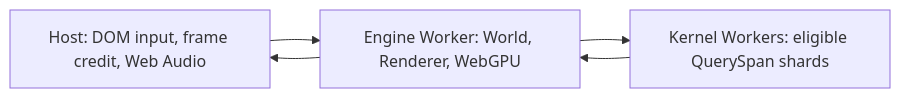
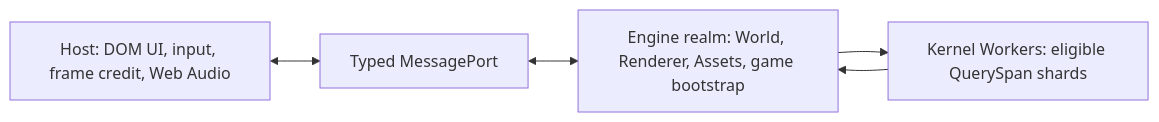
The diagram in packages/engine/packages/app/README.md (ForgeaX-Games/forgeax-editor), drawn with Mermaid before and after one commit. The commit also changed other lines of this file and 111 other files, not shown here.

````diff
--- a/packages/engine/packages/app/README.md
+++ b/packages/engine/packages/app/README.md
@@ -56,7 +84,7 @@
 ```mermaid
 flowchart LR
-    H["Host: DOM input, frame credit, Web Audio"] --> E["Engine Worker: World, Renderer, WebGPU"]
+    H["Host: DOM UI, input, frame credit, Web Audio"] <--> P["Typed MessagePort"]
+    P <--> E["Engine realm: World, Renderer, Assets, game bootstrap"]
     E --> K["Kernel Workers: eligible QuerySpan shards"]
     K --> E
-    E --> H
 ```
````
